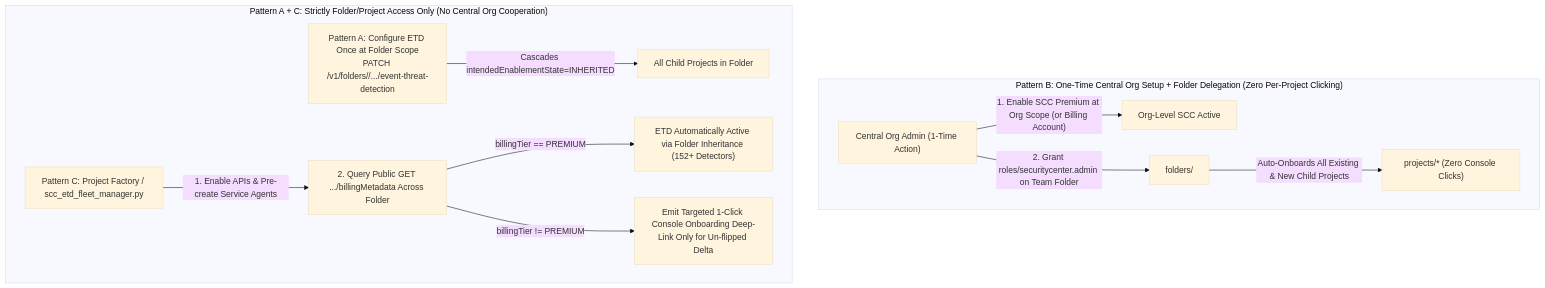
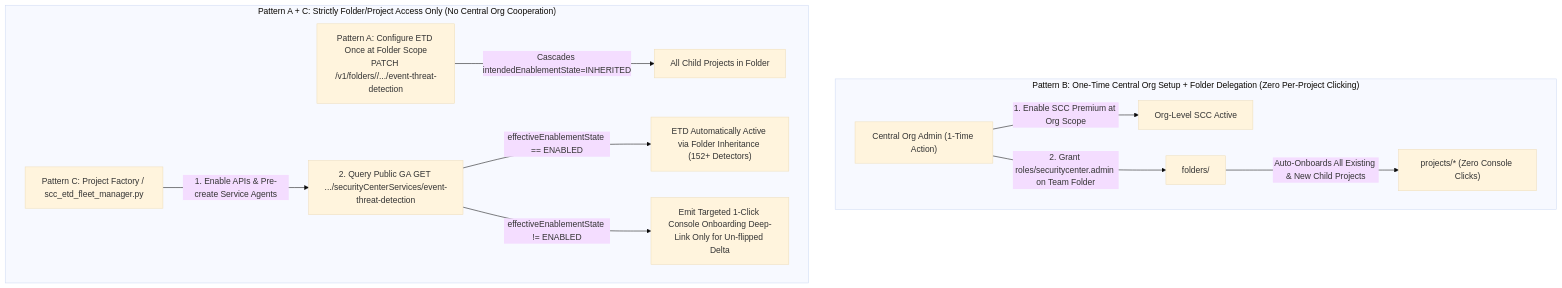
One commit to kuperliu-alt/scc-multicloud-sec changed the diagram in docs/SCC_ETD_OPEN_QUESTIONS.md. Above: the diagram before and after it, drawn with Mermaid (base theme). The commit also changed other lines of this file and 13 other files, not shown here.

Commit message:
refactor(scc-etd): enforce 100% public GA API usage and remove internal references for external users

````diff
--- a/docs/SCC_ETD_OPEN_QUESTIONS.md
+++ b/docs/SCC_ETD_OPEN_QUESTIONS.md
@@ -127,15 +105,15 @@
 ```mermaid
 flowchart TD
     subgraph CentralOrg["Pattern B: One-Time Central Org Setup + Folder Delegation (Zero Per-Project Clicking)"]
-        OrgAdmin["Central Org Admin (1-Time Action)"] -->|"1. Enable SCC Premium at Org Scope (or Billing Account)"| OrgSCC["Org-Level SCC Active"]
+        OrgAdmin["Central Org Admin (1-Time Action)"] -->|"1. Enable SCC Premium at Org Scope"| OrgSCC["Org-Level SCC Active"]
         OrgAdmin -->|"2. Grant roles/securitycenter.admin on Team Folder"| TeamFolder["folders/<FOLDER_ID>"]
         TeamFolder -->|"Auto-Onboards All Existing & New Child Projects"| ChildProjsB["projects/* (Zero Console Clicks)"]
     end
 
     subgraph StrictlyNoOrg["Pattern A + C: Strictly Folder/Project Access Only (No Central Org Cooperation)"]
         FolderPolicy["Pattern A: Configure ETD Once at Folder Scope\nPATCH /v1/folders/<FOLDER_ID>/.../event-threat-detection"] -->|"Cascades intendedEnablementState=INHERITED"| ChildProjsA["All Child Projects in Folder"]
-        Factory["Pattern C: Project Factory / scc_etd_fleet_manager.py"] -->|"1. Enable APIs & Pre-create Service Agents"| AuditAPI["2. Query Public GET .../billingMetadata Across Folder"]
-        AuditAPI -->|"billingTier == PREMIUM"| Ready["ETD Automatically Active via Folder Inheritance (152+ Detectors)"]
-        AuditAPI -->|"billingTier != PREMIUM"| DeepLink["Emit Targeted 1-Click Console Onboarding Deep-Link Only for Un-flipped Delta"]
+        Factory["Pattern C: Project Factory / scc_etd_fleet_manager.py"] -->|"1. Enable APIs & Pre-create Service Agents"| AuditAPI["2. Query Public GA GET .../securityCenterServices/event-threat-detection"]
+        AuditAPI -->|"effectiveEnablementState == ENABLED"| Ready["ETD Automatically Active via Folder Inheritance (152+ Detectors)"]
+        AuditAPI -->|"effectiveEnablementState != ENABLED"| DeepLink["Emit Targeted 1-Click Console Onboarding Deep-Link Only for Un-flipped Delta"]
     end
 ```
````
